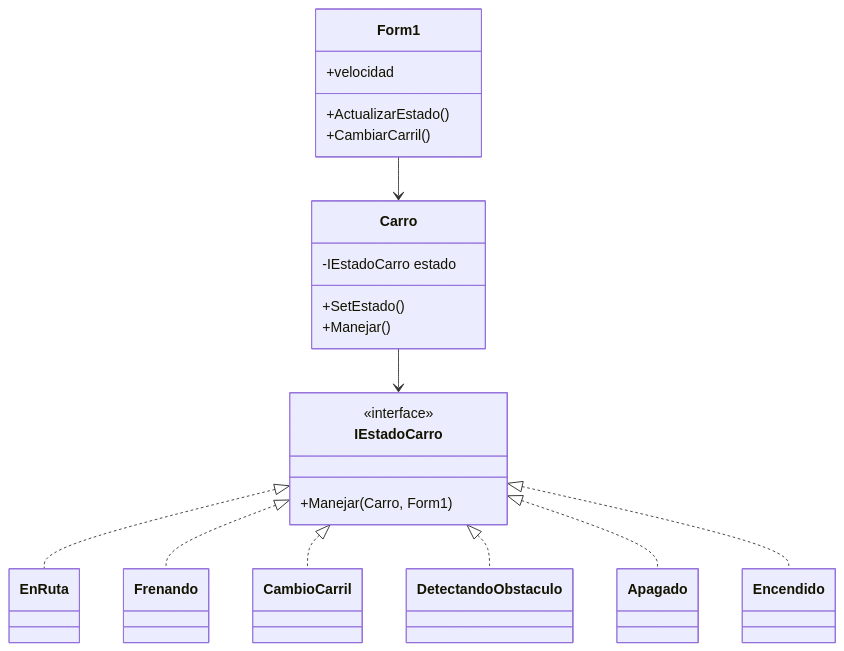
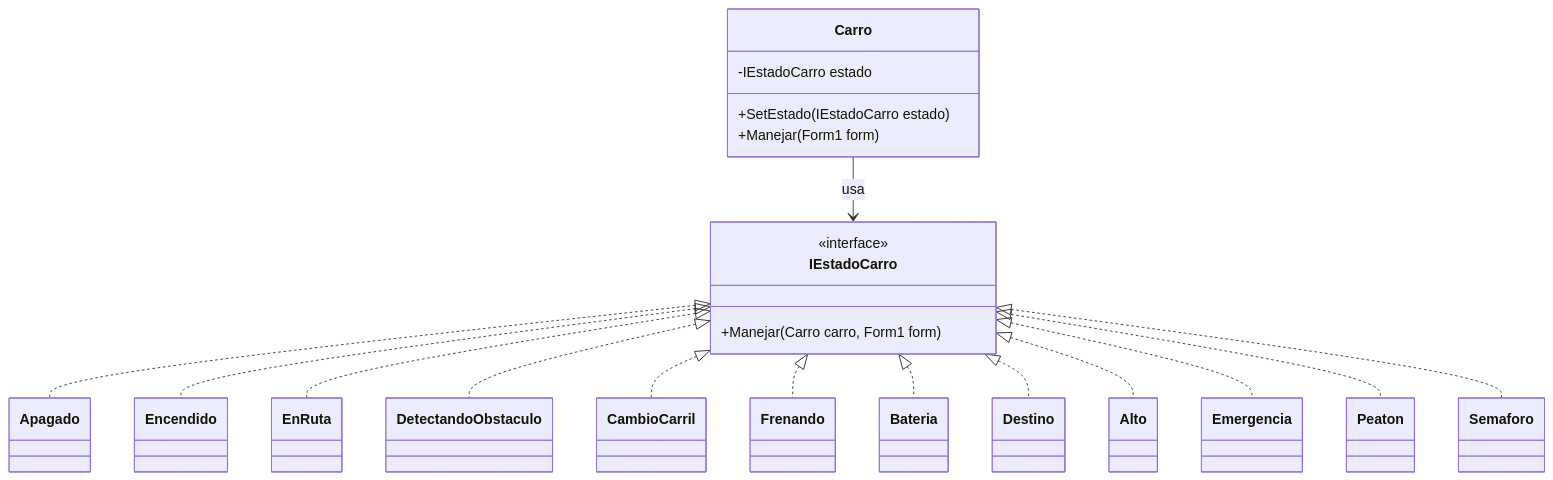
Before and after one commit to KatherineGiselle/Patron-de-Dise-o-Estado---Waymo: the diagram in Diagrama UML.md, drawn with Mermaid.

Commit message:
Refactor UML diagram for Carro and IEstadoCarro

`````diff
--- a/Diagrama UML.md
+++ b/Diagrama UML.md
@@ -1,30 +1,42 @@
 ````mermaid
 classDiagram
 
-class Form1 {
-    +velocidad
-    +ActualizarEstado()
-    +CambiarCarril()
-}
-
 class Carro {
     -IEstadoCarro estado
-    +SetEstado()
-    +Manejar()
+    +SetEstado(IEstadoCarro estado)
+    +Manejar(Form1 form)
 }
 
 class IEstadoCarro {
     <<interface>>
-    +Manejar(Carro, Form1)
+    +Manejar(Carro carro, Form1 form)
 }
 
-Form1 --> Carro
-Carro --> IEstadoCarro
+class Apagado
+class Encendido
+class EnRuta
+class DetectandoObstaculo
+class CambioCarril
+class Frenando
+class Bateria
+class Destino
+class Alto
+class Emergencia
+class Peaton
+class Semaforo
 
-IEstadoCarro <|.. EnRuta
-IEstadoCarro <|.. Frenando
-IEstadoCarro <|.. CambioCarril
-IEstadoCarro <|.. DetectandoObstaculo
 IEstadoCarro <|.. Apagado
 IEstadoCarro <|.. Encendido
+IEstadoCarro <|.. EnRuta
+IEstadoCarro <|.. DetectandoObstaculo
+IEstadoCarro <|.. CambioCarril
+IEstadoCarro <|.. Frenando
+IEstadoCarro <|.. Bateria
+IEstadoCarro <|.. Destino
+IEstadoCarro <|.. Alto
+IEstadoCarro <|.. Emergencia
+IEstadoCarro <|.. Peaton
+IEstadoCarro <|.. Semaforo
+
+Carro --> IEstadoCarro : usa
 ````
`````
